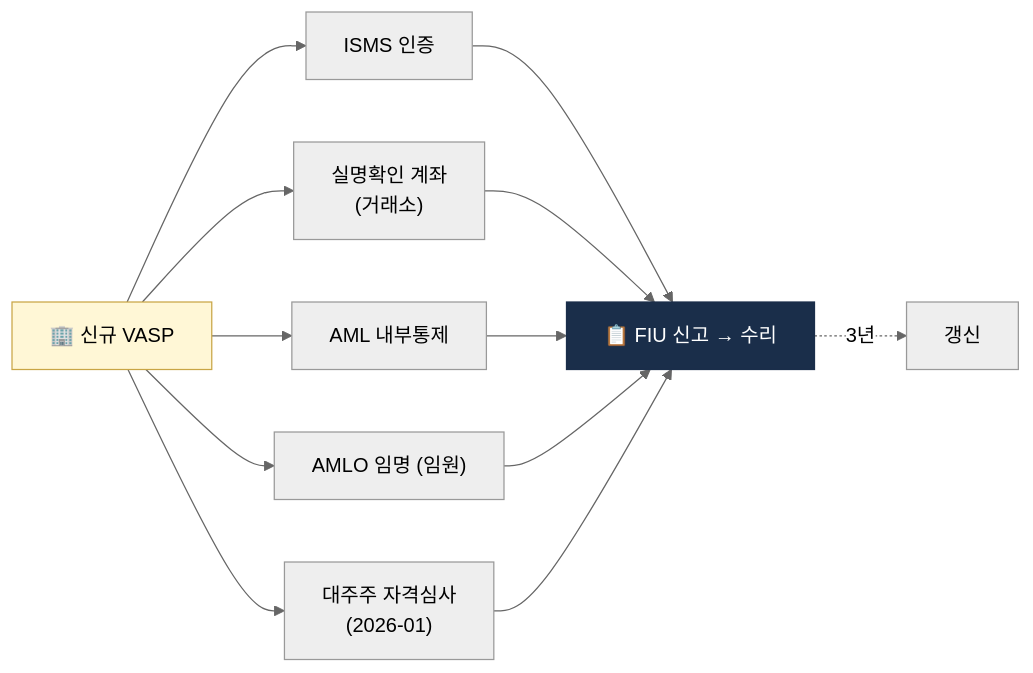
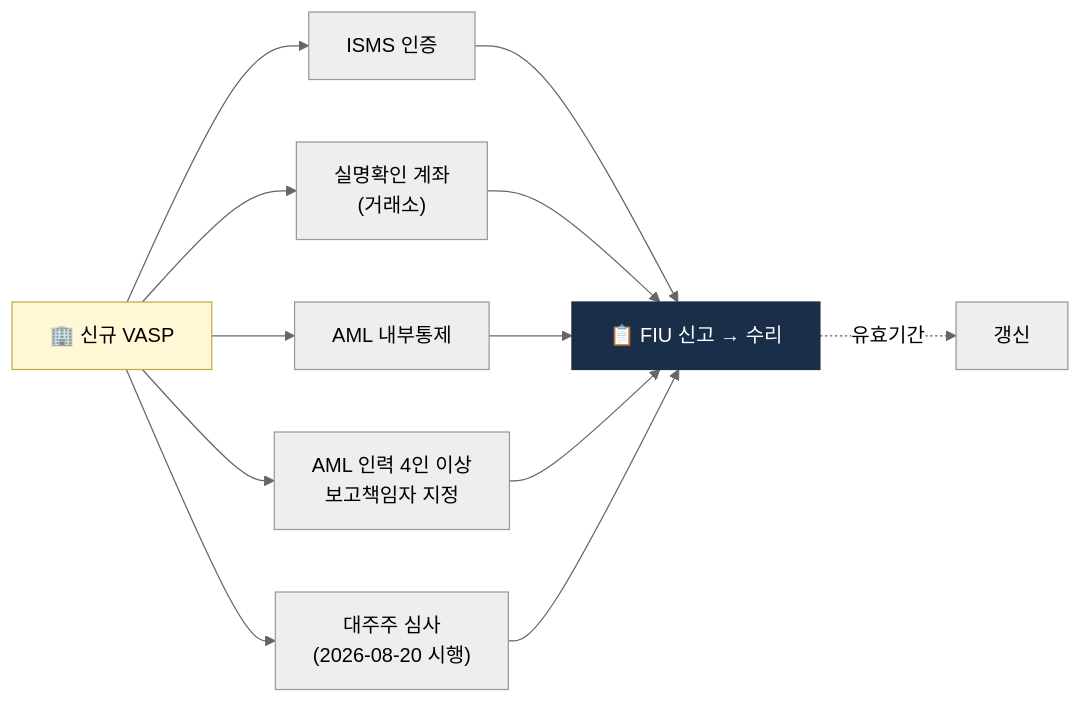
The first of 3 diagrams in curriculum/day_08.md (lala-david/aml-notes), drawn with Mermaid (neutral theme) before and after one commit. The commit also changed other lines of this file and 233 other files, not shown here.

````diff
--- a/curriculum/day_08.md
+++ b/curriculum/day_08.md
@@ -13,12 +13,12 @@
 ```mermaid
 flowchart LR
     A["🏢 신규 VASP"] --> B["ISMS 인증"]
     A --> C["실명확인 계좌<br/>(거래소)"]
     A --> D["AML 내부통제"]
-    A --> E["AMLO 임명 (임원)"]
-    A --> F["대주주 자격심사<br/>(2026-01)"]
+    A --> E["AML 인력 4인 이상<br/>보고책임자 지정"]
+    A --> F["대주주 심사<br/>(2026-08-20 시행)"]
     B & C & D & E & F --> G["📋 FIU 신고 → 수리"]
-    G -.3년.-> H["갱신"]
+    G -.유효기간.-> H["갱신"]
     style A fill:#fff7d6,stroke:#c9a646
     style G fill:#1a2e4a,color:#fff,stroke:#1a2e4a
 ```
````
